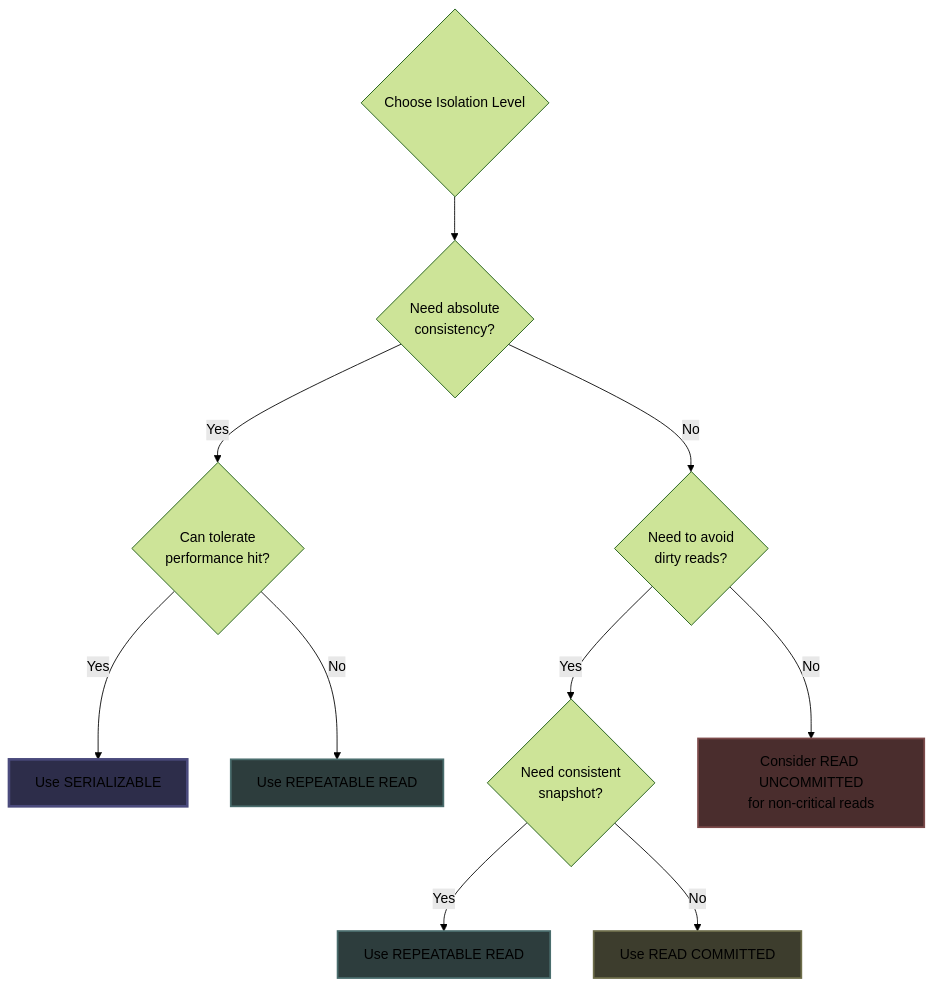
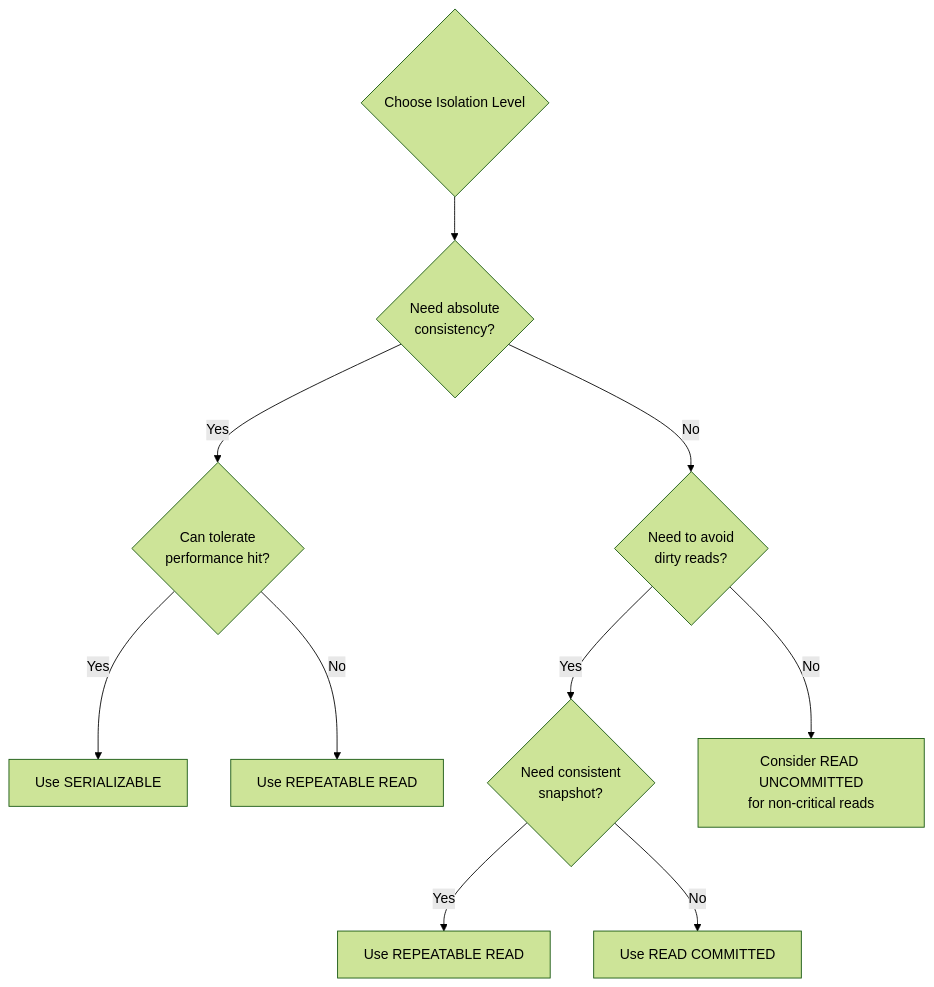
One commit to Yash-Kavaiya/The-System-Design-Masterclass changed the eighth of 9 diagrams in system design beginner/6. Databse Isolation Levels.md. Above: the diagram before and after it, drawn with Mermaid (forest theme). The commit also changed other lines of this file, not shown here.

````diff
--- a/system design beginner/6. Databse Isolation Levels.md
+++ b/system design beginner/6. Databse Isolation Levels.md
@@ -455,23 +441,18 @@
 ```mermaid
 graph TD
     START{Choose Isolation Level}
     
     START --> Q1{Need absolute<br/>consistency?}
     Q1 -->|Yes| Q2{Can tolerate<br/>performance hit?}
     Q1 -->|No| Q3{Need to avoid<br/>dirty reads?}
     
     Q2 -->|Yes| SER[Use SERIALIZABLE]
     Q2 -->|No| RR1[Use REPEATABLE READ]
     
     Q3 -->|Yes| Q4{Need consistent<br/>snapshot?}
     Q3 -->|No| RU_USE[Consider READ UNCOMMITTED<br/>for non-critical reads]
     
     Q4 -->|Yes| RR2[Use REPEATABLE READ]
     Q4 -->|No| RC_USE[Use READ COMMITTED]
     
-    style SER fill:#2d2d4a,stroke:#4a4a7c,stroke-width:3px
-    style RR1 fill:#2d3d3d,stroke:#4a6d6d,stroke-width:2px
-    style RR2 fill:#2d3d3d,stroke:#4a6d6d,stroke-width:2px
-    style RC_USE fill:#3d3d2d,stroke:#6d6d4a,stroke-width:2px
-    style RU_USE fill:#4a2d2d,stroke:#7c4a4a,stroke-width:2px
 ```
````
